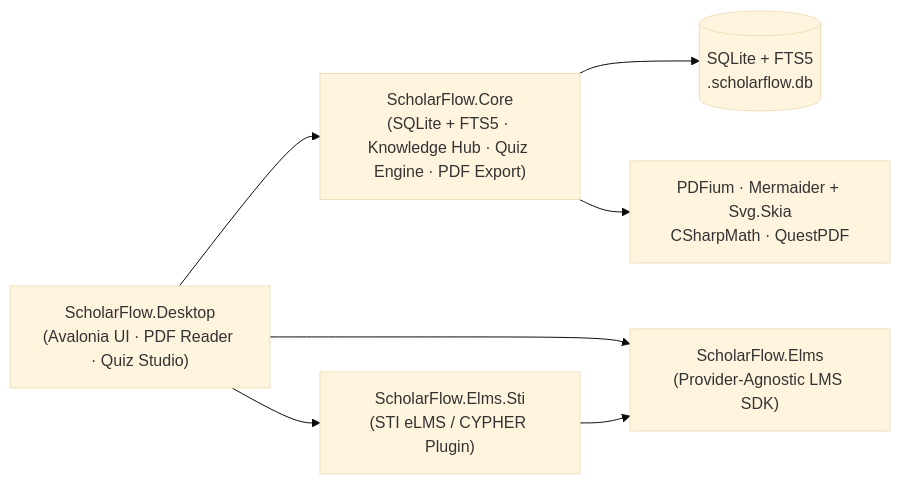
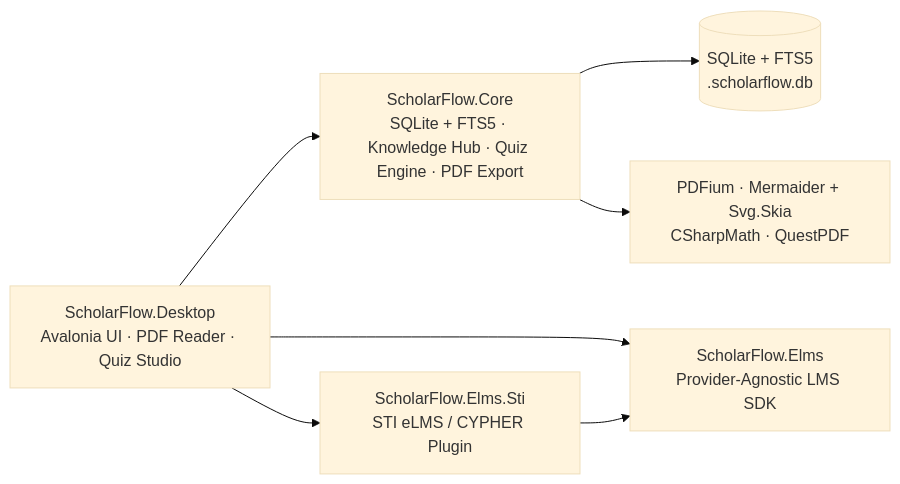
The diagram in README.md (Markism-JA/ScholarFlow), drawn with Mermaid (base theme) before and after one commit.

Commit message:
docs: fix Mermaid architecture diagram syntax for GitHub rendering

````diff
--- a/README.md
+++ b/README.md
@@ -183,14 +183,16 @@
 ```mermaid
 flowchart LR
-  Desktop["ScholarFlow.Desktop\n(Avalonia UI · PDF Reader · Quiz Studio)"]
-  Core["ScholarFlow.Core\n(SQLite + FTS5 · Knowledge Hub · Quiz Engine · PDF Export)"]
-  Elms["ScholarFlow.Elms\n(Provider-Agnostic LMS SDK)"]
-  Sti["ScholarFlow.Elms.Sti\n(STI eLMS / CYPHER Plugin)"]
+  Desktop["ScholarFlow.Desktop<br/>Avalonia UI · PDF Reader · Quiz Studio"]
+  Core["ScholarFlow.Core<br/>SQLite + FTS5 · Knowledge Hub · Quiz Engine · PDF Export"]
+  Elms["ScholarFlow.Elms<br/>Provider-Agnostic LMS SDK"]
+  Sti["ScholarFlow.Elms.Sti<br/>STI eLMS / CYPHER Plugin"]
+  DB[("SQLite + FTS5<br/>.scholarflow.db")]
+  Render["PDFium · Mermaider + Svg.Skia<br/>CSharpMath · QuestPDF"]
 
   Desktop --> Core
   Desktop --> Elms
   Desktop --> Sti
   Sti --> Elms
-  Core --> DB[("SQLite + FTS5\n.scholarflow.db")]
-  Core --> Render["PDFium · Mermaider + Svg.Skia\nCSharpMath · QuestPDF"]
+  Core --> DB
+  Core --> Render
 ```
````
